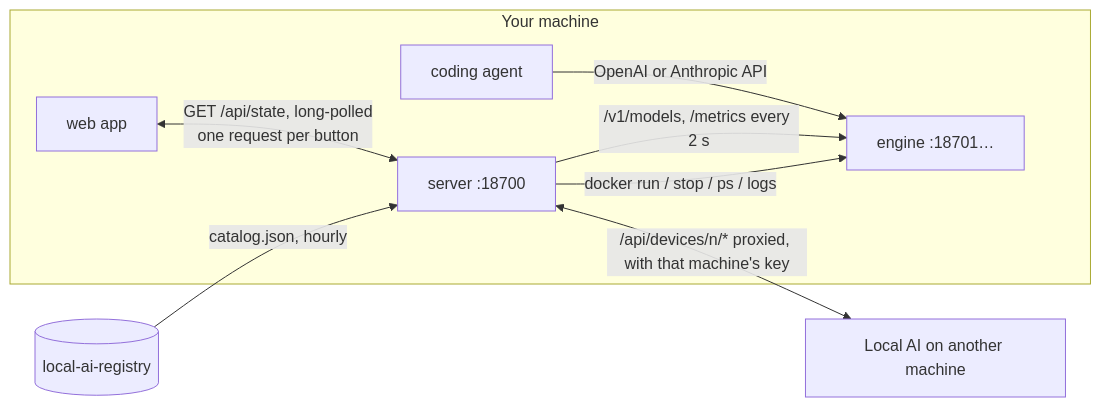
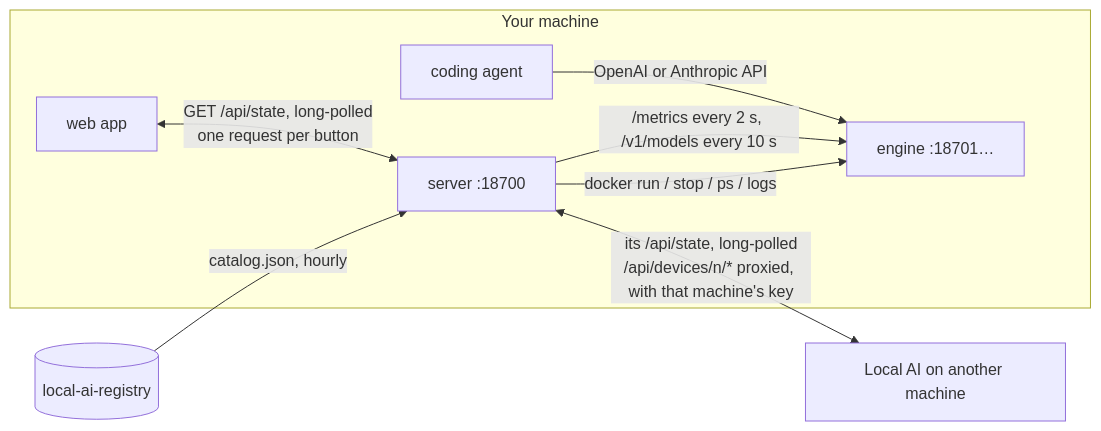
The diagram in README.md (sybil-solutions/local-ai-app), drawn with Mermaid before and after one commit. The commit also changed other lines of this file and 42 other files, not shown here.

````diff
--- a/README.md
+++ b/README.md
@@ -44,11 +46,11 @@
 ```mermaid
 flowchart LR
   registry[(local-ai-registry)] -->|catalog.json, hourly| server
   subgraph machine[Your machine]
     app[web app] <-->|GET /api/state, long-polled<br>one request per button| server[server :18700]
     server -->|docker run / stop / ps / logs| engine[engine :18701…]
-    server -->|/v1/models, /metrics every 2 s| engine
+    server -->|/metrics every 2 s, /v1/models every 10 s| engine
     agent[coding agent] -->|OpenAI or Anthropic API| engine
   end
-  server <-->|/api/devices/n/* proxied, with that machine's key| other[Local AI on another machine]
+  server <-->|its /api/state, long-polled<br>/api/devices/n/* proxied, with that machine's key| other[Local AI on another machine]
 ```
````
